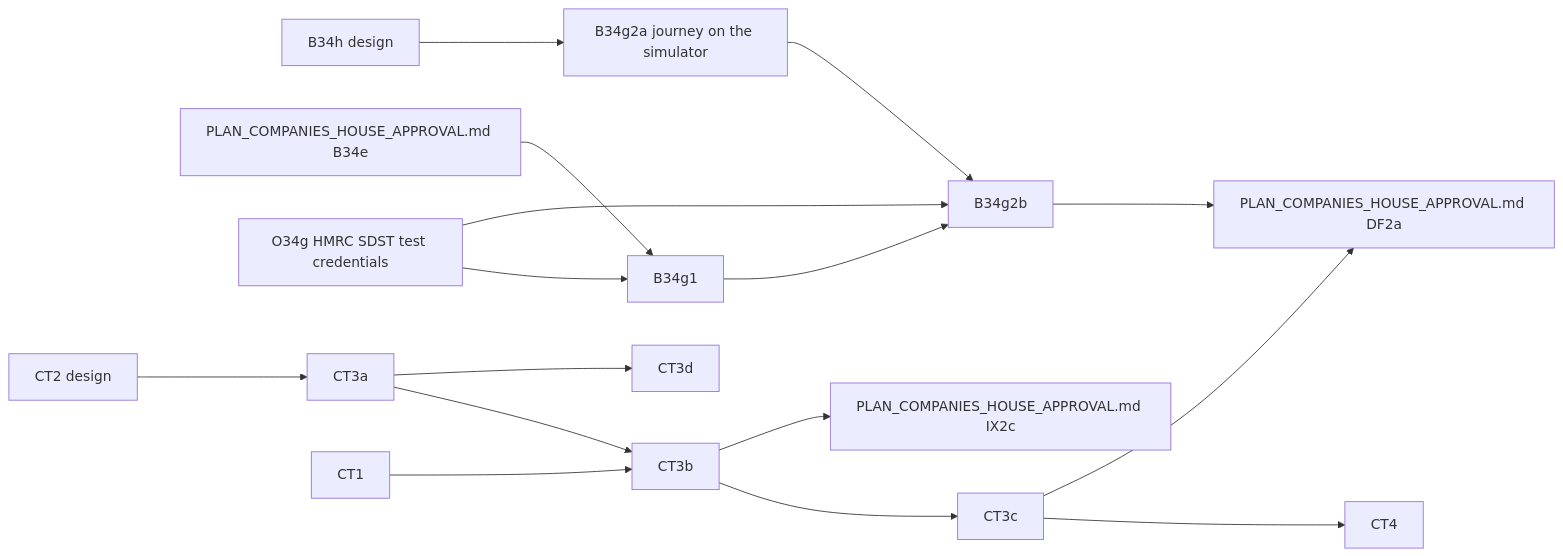
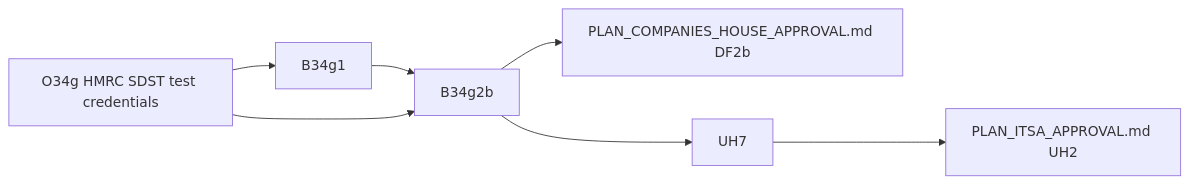
One commit to diy-accounting-uk/submit.diyaccounting.co.uk changed the diagram in PLAN_HMRC_CT_APPROVAL.md. Above: the diagram before and after it, drawn with Mermaid. The commit also changed other lines of this file and 2 other files, not shown here.

Commit message:
Refine: plan dependency lists rebuilt from open rows; NEXT.md shared facts cut to open rows
- PLAN_COMPANIES_HOUSE_APPROVAL.md and PLAN_HMRC_CT_APPROVAL.md: the dependency graphs and status
  lists now hold only open rows. Stale entries removed: DF2a (PR #574), DF2c, IX2a to IX2d,
  B34.6c, B34e, B34f, CT3a to CT4, VV1b, OAX5. B34c and CS-11b are blocked on OCS1; UH4 and UH7
  unblock ITSA UH2.
- NEXT.md: the shared-facts paragraph keeps only facts that serve open rows. The video list,
  RV1, DF2a and IX2c are gone, and so is the stale diya-gl pin (package.json pins 1.2.64).
- AL11 and AL12: the rows now hold only the remainder (the gate check, the push, the PR, the merge,
  main's deploy).
- UH4 and UH7 name UH2 and MCP1 as the rows they unblock.
- The OCS1, O34g and HA8b blockers still hold: no reply from the XML team, SDST or HMRC in the
  mail mirror (13:42 UTC) or in Gmail over the last 2 days.

Claude-Model: claude-opus-5-5
Claude-Session: https://claude.ai/code/session_01GFg5yNUQAwi8XQBYPJBSyb

````diff
--- a/PLAN_HMRC_CT_APPROVAL.md
+++ b/PLAN_HMRC_CT_APPROVAL.md
@@ -42,18 +42,9 @@
 ```mermaid
 flowchart LR
-    B34h[B34h design] --> B34g2a
-    B34e["PLAN_COMPANIES_HOUSE_APPROVAL.md B34e"] --> B34g1
-    B34g2a[B34g2a journey on the simulator] --> B34g2b
+    O34g[O34g HMRC SDST test credentials] --> B34g1
     B34g1 --> B34g2b
-    O34g[O34g HMRC SDST test credentials] --> B34g1
     O34g --> B34g2b
-    CT2[CT2 design] --> CT3a
-    CT3a --> CT3b
-    CT1 --> CT3b
-    CT3b --> CT3c
-    CT3c --> CT4
-    CT3a --> CT3d
-    CT3c --> DF2a["PLAN_COMPANIES_HOUSE_APPROVAL.md DF2a"]
-    B34g2b --> DF2a
-    CT3b --> IX2c["PLAN_COMPANIES_HOUSE_APPROVAL.md IX2c"]
+    B34g2b --> DF2b["PLAN_COMPANIES_HOUSE_APPROVAL.md DF2b"]
+    B34g2b --> UH7
+    UH7 --> UH2["PLAN_ITSA_APPROVAL.md UH2"]
 ```
````
